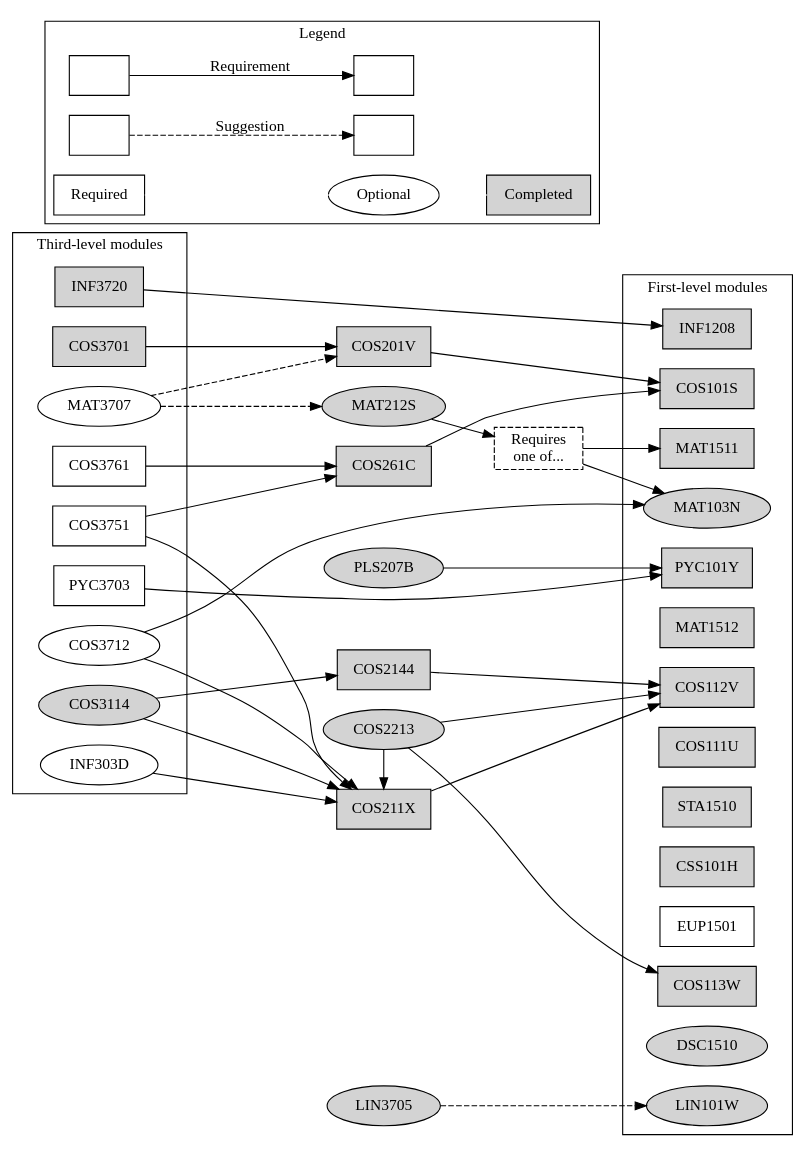
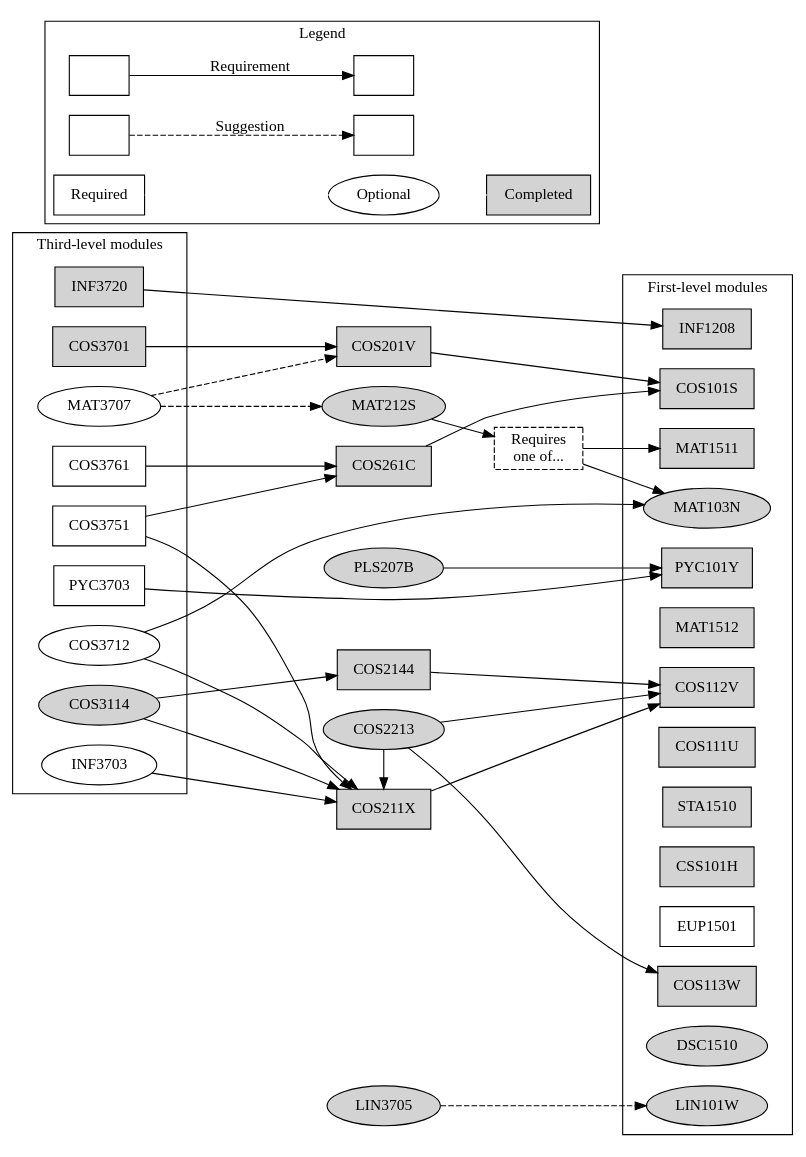
The diagram in ComputationalIntelligence.dot (apauley/unisa-module-graph), drawn with Graphviz before and after one commit. The commit also changed 1 other file, not shown here.

Commit message:
Rename DB Principles to INF3703

```diff
--- a/ComputationalIntelligence.dot
+++ b/ComputationalIntelligence.dot
@@ -1,87 +1,87 @@
 digraph ComputationalIntelligence {
     node [shape=box];
     rankdir=LR;
 
     subgraph cluster3 {
         label = "Third-level modules";
 
         {rank=same;
         COS3701 [style=filled]
         INF3720 [style=filled]
         COS3751
         COS3761
         PYC3703}
 
         {rank=same; node [shape=ellipse];
         COS3114 [style=filled]
         MAT3707 COS3712
-        INF303D}
+        INF3703}
     }
 
     {rank=same; node [style=filled];
     COS201V COS211X COS261C COS2144}
 
     {rank=same; node [style=filled]; node [shape=ellipse];
     PLS207B MAT212S COS2213 LIN3705}
 
     MAT103OR151 [label="Requires\none of...", style=dashed];
 
     subgraph cluster1 {
         label = "First-level modules";
 
         {rank=same;
         {node [style=filled];
               COS101S COS112V COS113W INF1208 MAT1511 MAT1512
               PYC101Y COS111U STA1510 CSS101H}
         EUP1501}
 
         {rank=same; node [shape=ellipse];
             {node [style=filled];
                 MAT103N DSC1510 LIN101W}}
     }
 
 
     subgraph cluster0 {
         rankdir=LR;
         label = "Legend";
 
         Module1 [label=""];
         Module2 [label=""];
         Module3 [label=""];
         Module4 [label=""];
         Module2 -> Module1 [label="Requirement"]
         Module4 -> Module3 [label="Suggestion", style=dashed]
 
         Required;
         Completed [style=filled];
         Optional [shape=ellipse];
         Required -> Optional [color=white];
         Optional -> Completed [color=white];
     }
 
 
     COS3701 -> {COS201V}
     INF3720 -> {INF1208}
     COS3751 -> {COS211X COS261C}
     COS3761 -> {COS261C}
     PYC3703 -> {PYC101Y}
 
     COS3114 -> {COS211X COS2144}
     MAT3707 -> {MAT212S COS201V} [style=dashed]
-    INF303D -> {COS211X}
+    INF3703 -> {COS211X}
     COS3712 -> {COS211X MAT103N}
 
 
     COS201V -> {COS101S}
     COS211X -> {COS112V}
     COS261C -> {COS101S}
     COS2144 -> {COS112V}
 
     {rank=same; COS2213 COS211X}
     COS2213 -> {COS112V COS113W}
     COS2213 -> {COS211X}
     MAT212S -> {MAT103OR151}
     MAT103OR151 -> {MAT103N MAT1511}
     LIN3705 -> {LIN101W} [style=dashed]
     PLS207B -> {PYC101Y}
 }
```
